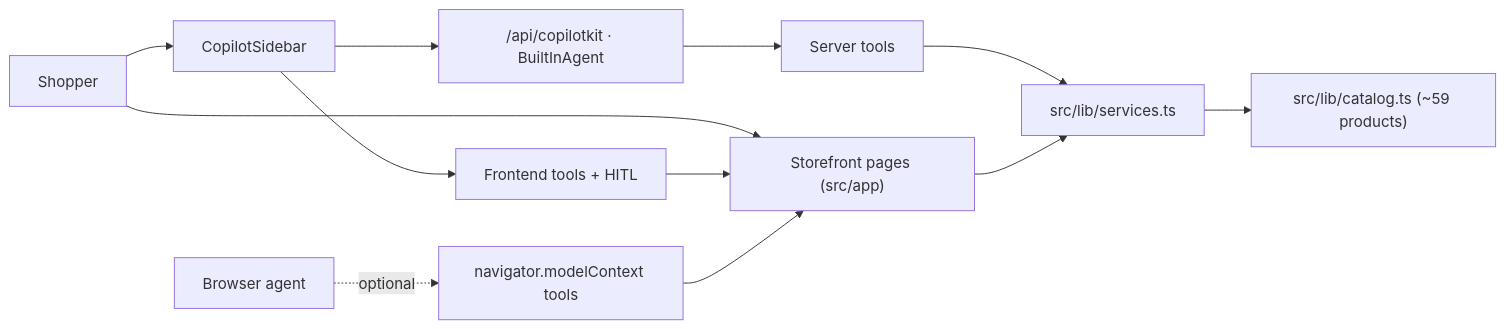
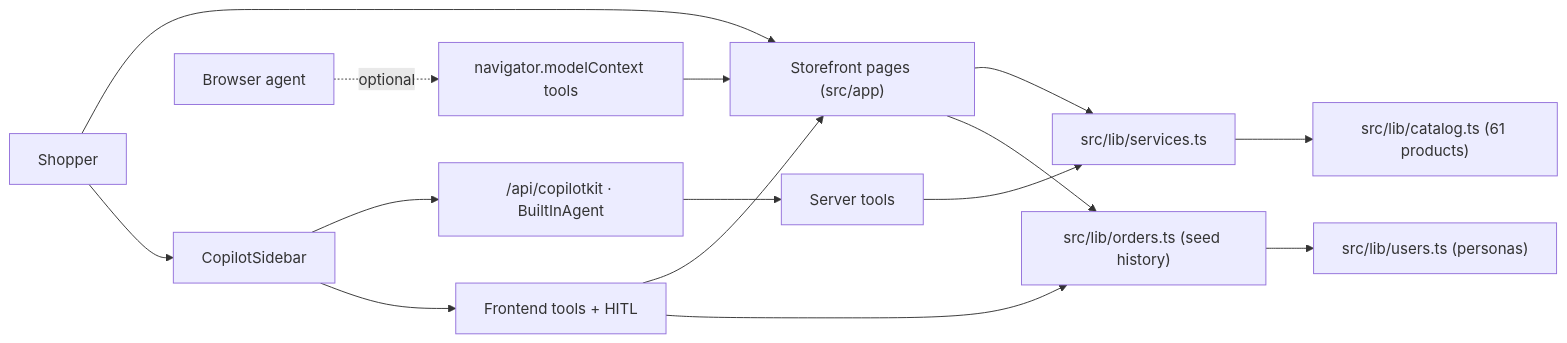
One commit to VENKATESHWARAN-R/agentic-ecom changed the diagram in docs/architecture.md. Above: the diagram before and after it, drawn with Mermaid. The commit also changed other lines of this file and 19 other files, not shown here.

First line of the commit message:
feat: add demo personas, order history, and adaptive agent memory

````diff
--- a/docs/architecture.md
+++ b/docs/architecture.md
@@ -5,14 +5,17 @@
 ```mermaid
 flowchart LR
     Shopper --> UI["Storefront pages (src/app)"]
     Shopper --> Chat["CopilotSidebar"]
     Chat --> Runtime["/api/copilotkit · BuiltInAgent"]
     Runtime --> ServerTools["Server tools"]
     Chat --> FrontendTools["Frontend tools + HITL"]
     FrontendTools --> UI
     ServerTools --> Services["src/lib/services.ts"]
+    FrontendTools --> Orders["src/lib/orders.ts (seed history)"]
     UI --> Services
-    Services --> Catalog["src/lib/catalog.ts (~59 products)"]
+    UI --> Orders
+    Orders --> Users["src/lib/users.ts (personas)"]
+    Services --> Catalog["src/lib/catalog.ts (61 products)"]
     BrowserAgent["Browser agent"] -. optional .-> WebMCP["navigator.modelContext tools"]
     WebMCP --> UI
 ```
````
